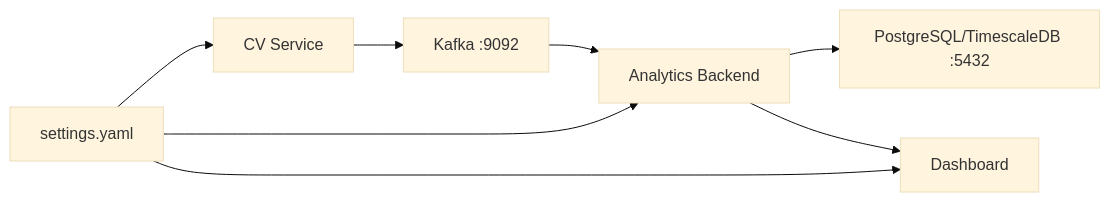
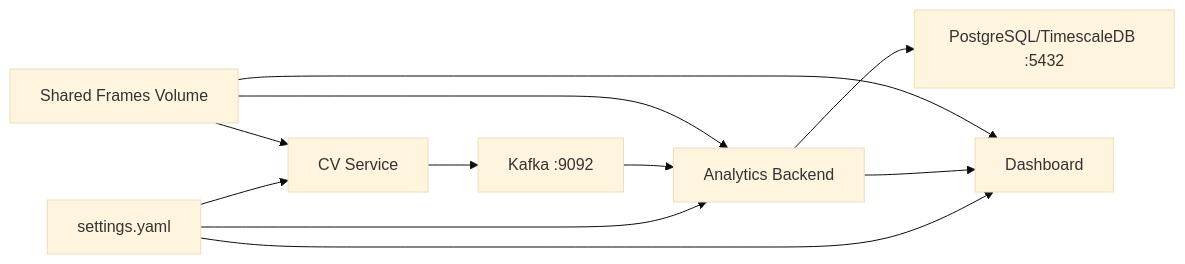
Before and after one commit to Azzoz-189/construction-equipment-monitoring: the eighth of 8 diagrams in .qoder/repowiki/en/content/Project Overview/System Architecture Overview.md, drawn with Mermaid (base theme). The commit also changed other lines of this file and 5 other files, not shown here.

````diff
--- a/.qoder/repowiki/en/content/Project Overview/System Architecture Overview.md
+++ b/.qoder/repowiki/en/content/Project Overview/System Architecture Overview.md
@@ -308,10 +465,13 @@
 ```mermaid
 graph LR
 CFG["settings.yaml"] --> CV["CV Service"]
 CFG --> AB["Analytics Backend"]
 CFG --> DASH["Dashboard"]
 CV --> KA["Kafka :9092"]
 KA --> AB
 AB --> PG["PostgreSQL/TimescaleDB :5432"]
 AB --> DASH
+FS["Shared Frames Volume"] --> CV
+FS --> AB
+FS --> DASH
 ```
````
